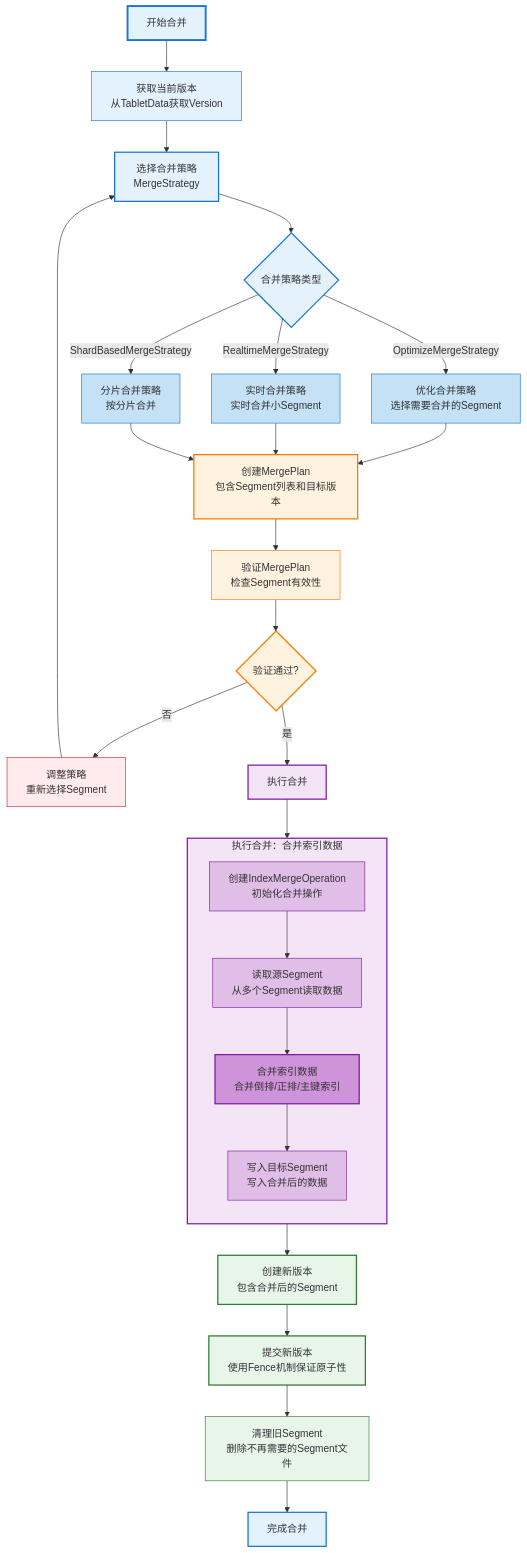
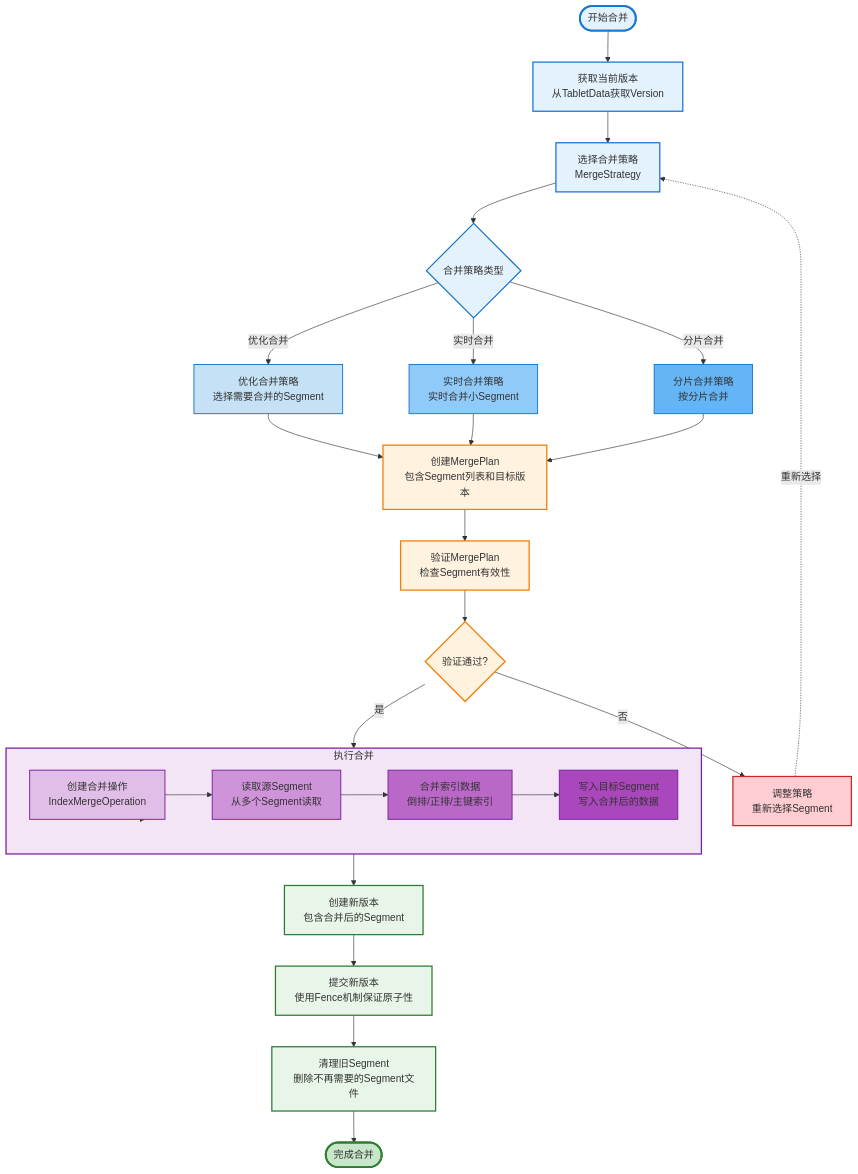
One commit to zhouzhilong-commits/zhouzhilong-commits.github.io changed the second of 20 diagrams in _posts/2025-06-29-indexlib-6-segment-merge.md. Above: the diagram before and after it, drawn with Mermaid. The commit also changed other lines of this file and 2 other files, not shown here.

````diff
--- a/_posts/2025-06-29-indexlib-6-segment-merge.md
+++ b/_posts/2025-06-29-indexlib-6-segment-merge.md
@@ -83,68 +83,64 @@
 ```mermaid
 flowchart TD
-    Start[开始合并] --> GetVersion[获取当前版本<br/>从TabletData获取Version]
+    Start([开始合并]) --> GetVersion[获取当前版本<br/>从TabletData获取Version]
     
     GetVersion --> SelectStrategy[选择合并策略<br/>MergeStrategy]
     
     SelectStrategy --> StrategyType{合并策略类型}
     
-    StrategyType -->|OptimizeMergeStrategy| OptimizeStrategy[优化合并策略<br/>选择需要合并的Segment]
-    StrategyType -->|RealtimeMergeStrategy| RealtimeStrategy[实时合并策略<br/>实时合并小Segment]
-    StrategyType -->|ShardBasedMergeStrategy| ShardStrategy[分片合并策略<br/>按分片合并]
+    StrategyType -->|优化合并| OptimizeStrategy[优化合并策略<br/>选择需要合并的Segment]
+    StrategyType -->|实时合并| RealtimeStrategy[实时合并策略<br/>实时合并小Segment]
+    StrategyType -->|分片合并| ShardStrategy[分片合并策略<br/>按分片合并]
     
-    OptimizeStrategy --> CreatePlan[创建MergePlan<br/>包含Segment列表和目标版本]
+    OptimizeStrategy --> CreatePlan
     RealtimeStrategy --> CreatePlan
     ShardStrategy --> CreatePlan
     
-    CreatePlan --> ValidatePlan[验证MergePlan<br/>检查Segment有效性]
+    CreatePlan[创建MergePlan<br/>包含Segment列表和目标版本] --> ValidatePlan[验证MergePlan<br/>检查Segment有效性]
     
     ValidatePlan --> PlanValid{验证通过?}
     
     PlanValid -->|否| AdjustStrategy[调整策略<br/>重新选择Segment]
-    AdjustStrategy --> SelectStrategy
+    AdjustStrategy -.->|重新选择| SelectStrategy
     
-    PlanValid -->|是| ExecuteMerge[执行合并]
+    PlanValid -->|是| Merge
     
-    subgraph ExecuteMergeGroup["执行合并：合并索引数据"]
-        direction TB
-        EM1[创建IndexMergeOperation<br/>初始化合并操作]
-        EM2[读取源Segment<br/>从多个Segment读取数据]
-        EM3[合并索引数据<br/>合并倒排/正排/主键索引]
+    subgraph Merge["执行合并"]
+        direction LR
+        EM1[创建合并操作<br/>IndexMergeOperation]
+        EM2[读取源Segment<br/>从多个Segment读取]
+        EM3[合并索引数据<br/>倒排/正排/主键索引]
         EM4[写入目标Segment<br/>写入合并后的数据]
-        EM1 --> EM2
-        EM2 --> EM3
-        EM3 --> EM4
+        EM1 --> EM2 --> EM3 --> EM4
     end
     
-    ExecuteMerge --> ExecuteMergeGroup
-    
-    ExecuteMergeGroup --> CreateVersion[创建新版本<br/>包含合并后的Segment]
+    Merge --> EM1
+    EM4 --> CreateVersion[创建新版本<br/>包含合并后的Segment]
     
     CreateVersion --> CommitVersion[提交新版本<br/>使用Fence机制保证原子性]
     
     CommitVersion --> Cleanup[清理旧Segment<br/>删除不再需要的Segment文件]
     
-    Cleanup --> End[完成合并]
+    Cleanup --> End([完成合并])
     
     style Start fill:#e3f2fd,stroke:#1976d2,stroke-width:3px
-    style GetVersion fill:#e3f2fd,stroke:#1976d2,stroke-width:1px
+    style GetVersion fill:#e3f2fd,stroke:#1976d2,stroke-width:2px
     style SelectStrategy fill:#e3f2fd,stroke:#1976d2,stroke-width:2px
     style StrategyType fill:#e3f2fd,stroke:#1976d2,stroke-width:2px
-    style OptimizeStrategy fill:#c5e1f5,stroke:#1976d2,stroke-width:1px
-    style RealtimeStrategy fill:#c5e1f5,stroke:#1976d2,stroke-width:1px
-    style ShardStrategy fill:#c5e1f5,stroke:#1976d2,stroke-width:1px
+    style OptimizeStrategy fill:#c5e1f5,stroke:#1976d2,stroke-width:1.5px
+    style RealtimeStrategy fill:#90caf9,stroke:#1976d2,stroke-width:1.5px
+    style ShardStrategy fill:#64b5f6,stroke:#1976d2,stroke-width:1.5px
     style CreatePlan fill:#fff3e0,stroke:#f57c00,stroke-width:2px
-    style ValidatePlan fill:#fff3e0,stroke:#f57c00,stroke-width:1px
+    style ValidatePlan fill:#fff3e0,stroke:#f57c00,stroke-width:2px
     style PlanValid fill:#fff3e0,stroke:#f57c00,stroke-width:2px
-    style AdjustStrategy fill:#ffebee,stroke:#c62828,stroke-width:1px
-    style ExecuteMerge fill:#f3e5f5,stroke:#7b1fa2,stroke-width:2px
-    style ExecuteMergeGroup fill:#f3e5f5,stroke:#7b1fa2,stroke-width:2px
-    style EM1 fill:#e1bee7,stroke:#7b1fa2,stroke-width:1px
-    style EM2 fill:#e1bee7,stroke:#7b1fa2,stroke-width:1px
-    style EM3 fill:#ce93d8,stroke:#7b1fa2,stroke-width:2px
-    style EM4 fill:#e1bee7,stroke:#7b1fa2,stroke-width:1px
+    style AdjustStrategy fill:#ffcdd2,stroke:#c62828,stroke-width:2px
+    style Merge fill:#f3e5f5,stroke:#7b1fa2,stroke-width:2px
+    style EM1 fill:#e1bee7,stroke:#7b1fa2,stroke-width:1.5px
+    style EM2 fill:#ce93d8,stroke:#7b1fa2,stroke-width:1.5px
+    style EM3 fill:#ba68c8,stroke:#7b1fa2,stroke-width:1.5px
+    style EM4 fill:#ab47bc,stroke:#7b1fa2,stroke-width:1.5px
     style CreateVersion fill:#e8f5e9,stroke:#2e7d32,stroke-width:2px
     style CommitVersion fill:#e8f5e9,stroke:#2e7d32,stroke-width:2px
-    style Cleanup fill:#e8f5e9,stroke:#2e7d32,stroke-width:1px
-    style End fill:#e3f2fd,stroke:#1976d2,stroke-width:2px
+    style Cleanup fill:#e8f5e9,stroke:#2e7d32,stroke-width:2px
+    style End fill:#c8e6c9,stroke:#2e7d32,stroke-width:3px
 ```
````
